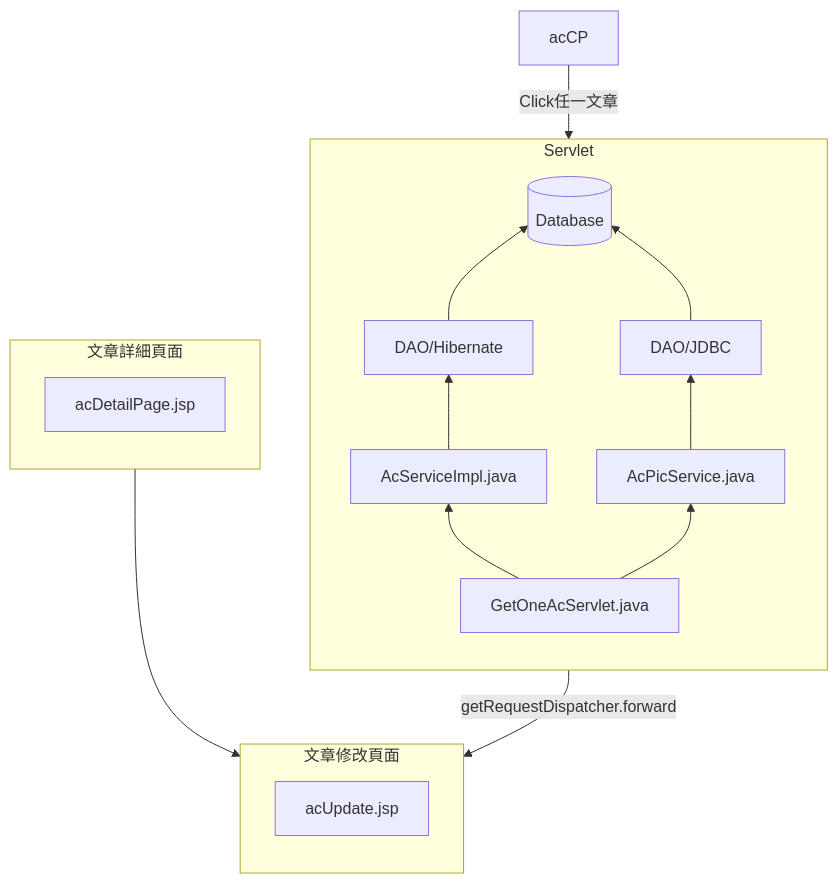
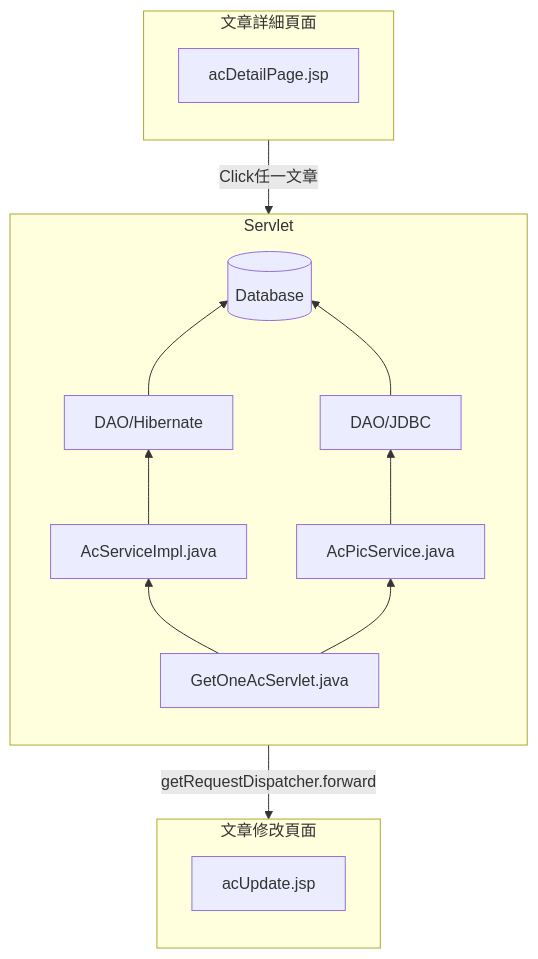
Before and after one commit to TLexYuW/CGA103G1OwnPart: diagram 12 of 12 in README.md, drawn with Mermaid.

Commit message:
LexVaultBackup: 2022-09-12 21:38:36
Affected files:
README.md

````diff
--- a/README.md
+++ b/README.md
@@ -290,27 +290,27 @@
 ```mermaid
 graph TB
 	subgraph Servlet
 	direction BT
 	GOAS[GetOneAcServlet.java] --> ASI[AcServiceImpl.java] 
 	--> H[DAO/Hibernate] --> DB[(Database)]
 	end
 	
 	subgraph Servlet
 	direction BT
 	GOAS[GetOneAcServlet.java] --> APS[AcPicService.java] 
 	--> DAO[DAO/JDBC] --> DB[(Database)]
 	end
 	
 	subgraph 文章修改頁面
 	direction BT
 	acU[acUpdate.jsp]
 	end
 	
 	subgraph 文章詳細頁面
 	direction BT
-	acDP[acDetailPage.jsp] --> acU
+	acDP[acDetailPage.jsp]
 	end
 	
-	acCP -->|Click任一文章| GOAS
+	acDP -->|Click任一文章| GOAS
 	GOAS -->|getRequestDispatcher.forward| acU
 ```
````
